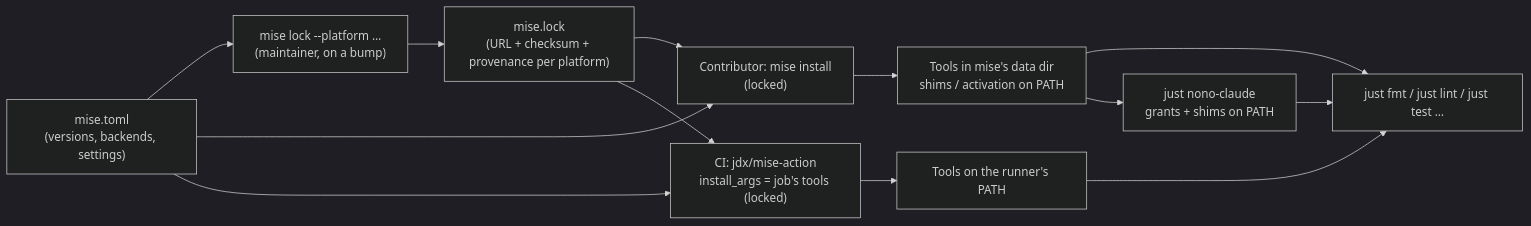
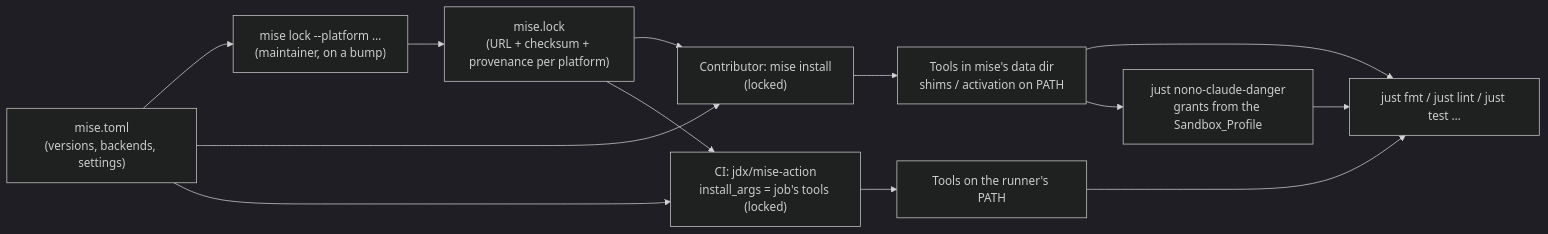
Before and after one commit to PeopleForBikes/bna-api: the diagram in specs/0003-tool-manager/design.md, drawn with Mermaid (dark theme). The commit also changed other lines of this file and 3 other files, not shown here.

First line of the commit message:
Move the mise grants to the nono profile in the tool manager spec

````diff
--- a/specs/0003-tool-manager/design.md
+++ b/specs/0003-tool-manager/design.md
@@ -28,15 +30,15 @@
 ```mermaid
 flowchart LR
     T["mise.toml<br/>(versions, backends, settings)"] --> L["mise lock --platform …<br/>(maintainer, on a bump)"]
     L --> K["mise.lock<br/>(URL + checksum + provenance per platform)"]
     T --> C["Contributor: mise install<br/>(locked)"]
     K --> C
     T --> A["CI: jdx/mise-action<br/>install_args = job's tools (locked)"]
     K --> A
     C --> P["Tools in mise's data dir<br/>shims / activation on PATH"]
     A --> Q["Tools on the runner's PATH"]
     P --> J["just fmt / just lint / just test …"]
     Q --> J
-    P --> N["just nono-claude<br/>grants + shims on PATH"]
+    P --> N["just nono-claude-danger<br/>grants from the Sandbox_Profile"]
     N --> J
 ```
````
